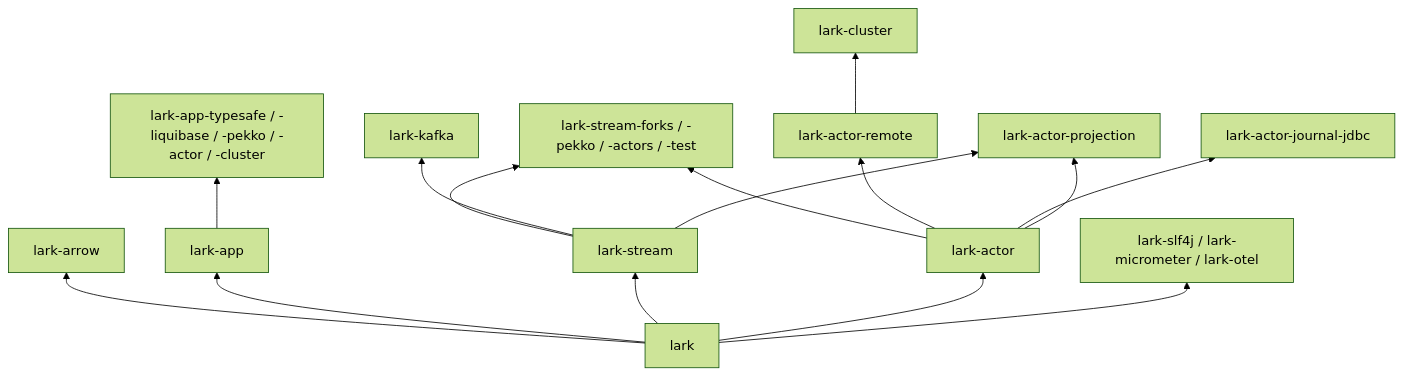
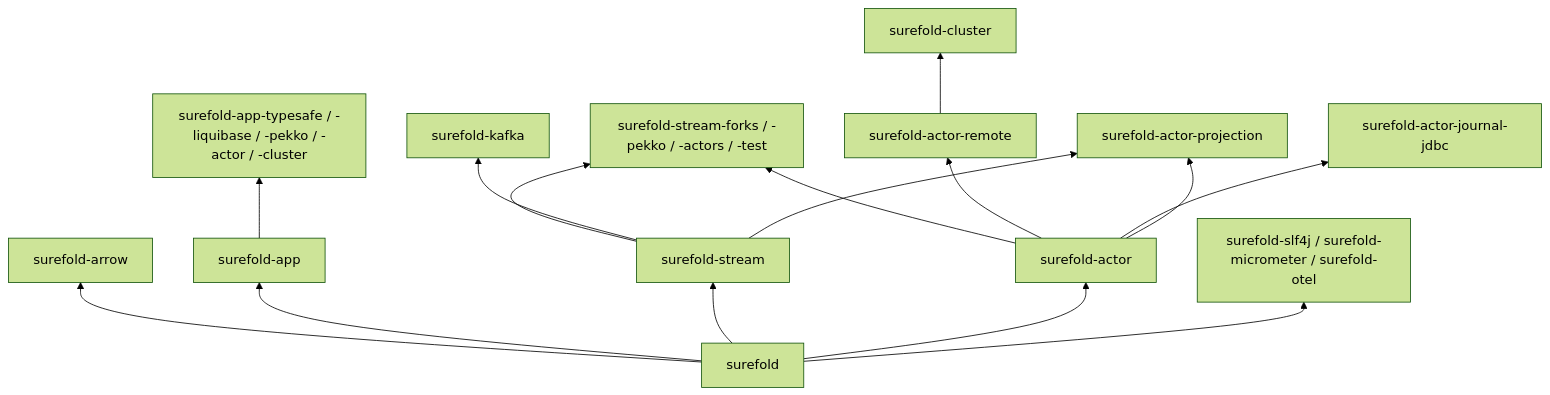
One commit to matthewjones372/lark changed the diagram in README.md. Above: the diagram before and after it, drawn with Mermaid (forest theme). The commit also changed other lines of this file and 1836 other files, not shown here.

````diff
--- a/README.md
+++ b/README.md
@@ -126,17 +130,17 @@
 ```mermaid
 graph BT
-    lark --> larkarrow[lark-arrow]
-    lark --> app[lark-app]
-    lark --> stream[lark-stream]
-    lark --> actor[lark-actor]
-    stream --> backends["lark-stream-forks / -pekko / -actors / -test"]
+    surefold --> surefoldarrow[surefold-arrow]
+    surefold --> app[surefold-app]
+    surefold --> stream[surefold-stream]
+    surefold --> actor[surefold-actor]
+    stream --> backends["surefold-stream-forks / -pekko / -actors / -test"]
     actor --> backends
-    stream --> kafka[lark-kafka]
-    actor --> remote[lark-actor-remote]
-    remote --> cluster[lark-cluster]
-    actor --> journal[lark-actor-journal-jdbc]
-    actor --> projection[lark-actor-projection]
+    stream --> kafka[surefold-kafka]
+    actor --> remote[surefold-actor-remote]
+    remote --> cluster[surefold-cluster]
+    actor --> journal[surefold-actor-journal-jdbc]
+    actor --> projection[surefold-actor-projection]
     stream --> projection
-    app --> appint["lark-app-typesafe / -liquibase / -pekko / -actor / -cluster"]
-    lark --> obs["lark-slf4j / lark-micrometer / lark-otel"]
+    app --> appint["surefold-app-typesafe / -liquibase / -pekko / -actor / -cluster"]
+    surefold --> obs["surefold-slf4j / surefold-micrometer / surefold-otel"]
 ```
````
